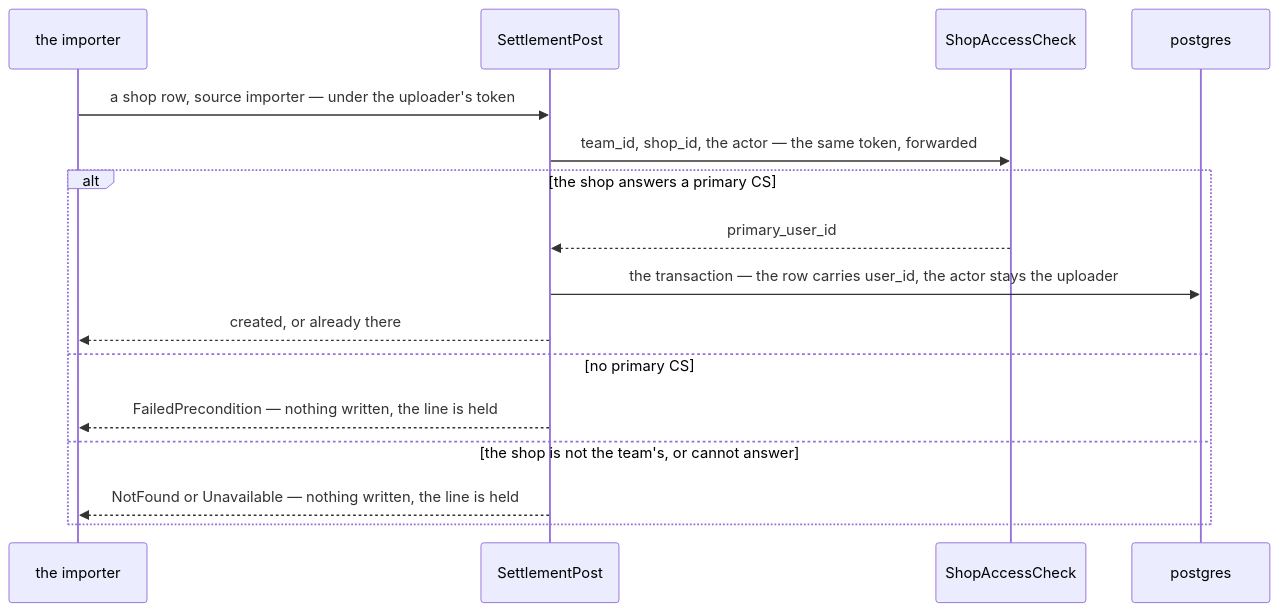
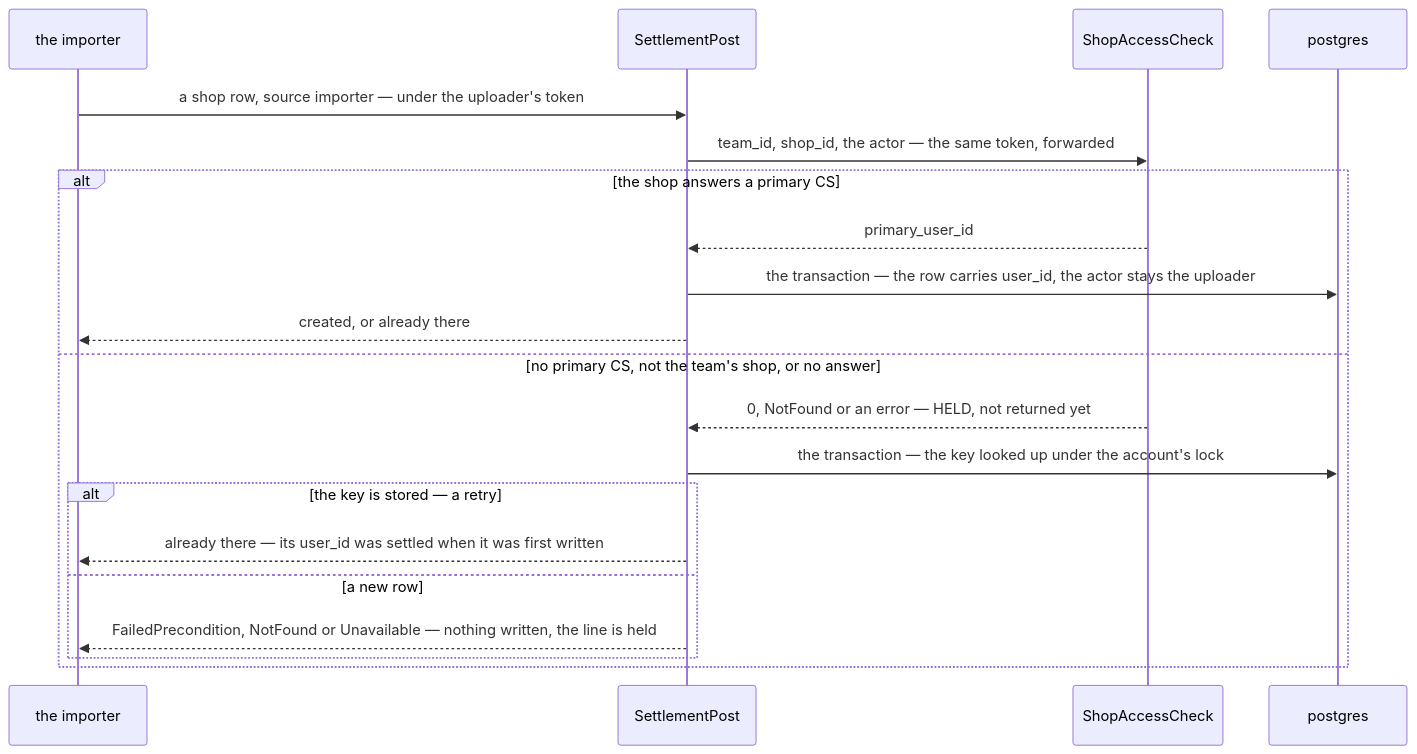
The third of 6 diagrams in docs/services/settlement_service/rpc.md (pdcgo/warehouse_revamp), drawn with Mermaid before and after one commit. The commit also changed other lines of this file and 8 other files, not shown here.

````diff
--- a/docs/services/settlement_service/rpc.md
+++ b/docs/services/settlement_service/rpc.md
@@ -90,18 +90,22 @@
 ```mermaid
 sequenceDiagram
   participant I as the importer
   participant S as SettlementPost
   participant SH as ShopAccessCheck
   participant DB as postgres
   I->>S: a shop row, source importer — under the uploader's token
   S->>SH: team_id, shop_id, the actor — the same token, forwarded
   alt the shop answers a primary CS
     SH-->>S: primary_user_id
     S->>DB: the transaction — the row carries user_id, the actor stays the uploader
     S-->>I: created, or already there
-  else no primary CS
-    S-->>I: FailedPrecondition — nothing written, the line is held
-  else the shop is not the team's, or cannot answer
-    S-->>I: NotFound or Unavailable — nothing written, the line is held
+  else no primary CS, not the team's shop, or no answer
+    SH-->>S: 0, NotFound or an error — HELD, not returned yet
+    S->>DB: the transaction — the key looked up under the account's lock
+    alt the key is stored — a retry
+      S-->>I: already there — its user_id was settled when it was first written
+    else a new row
+      S-->>I: FailedPrecondition, NotFound or Unavailable — nothing written, the line is held
+    end
   end
 ```
````
